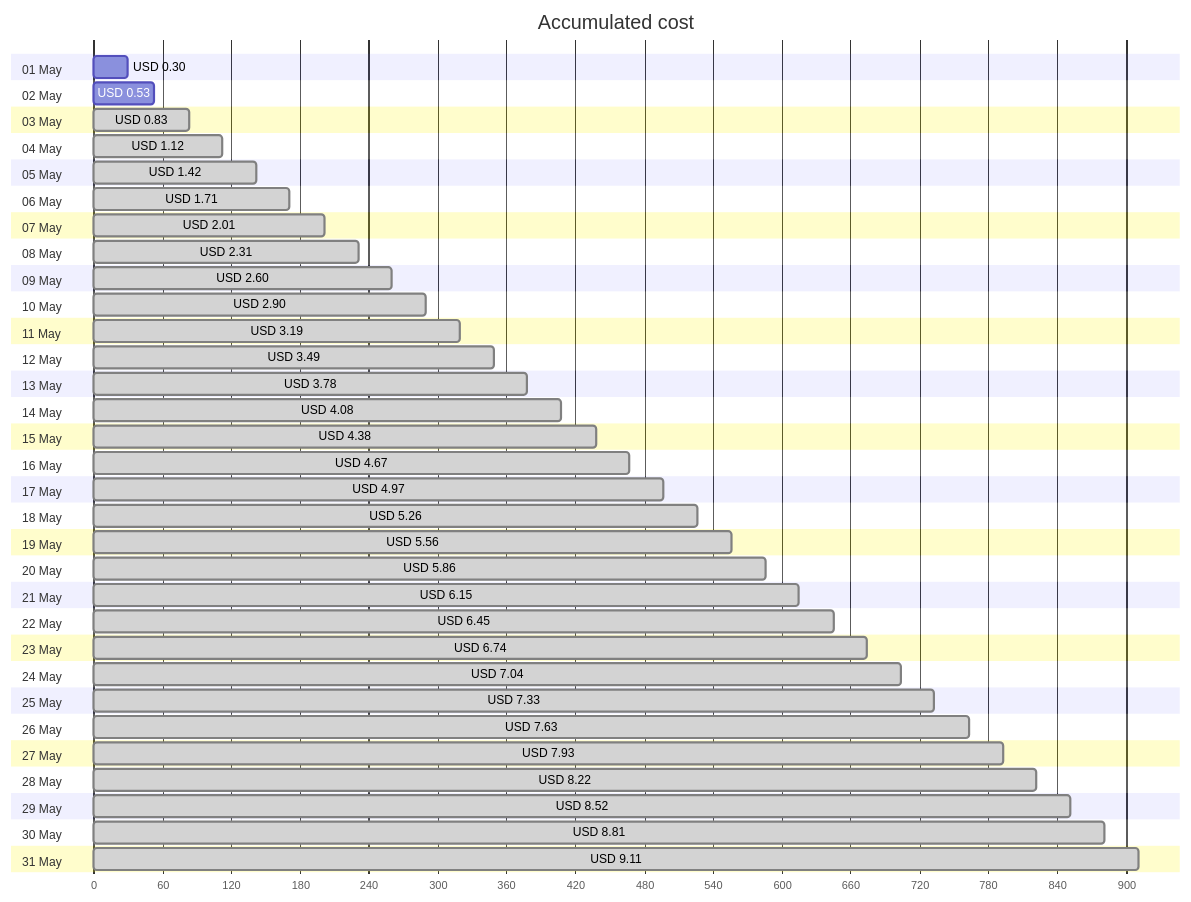
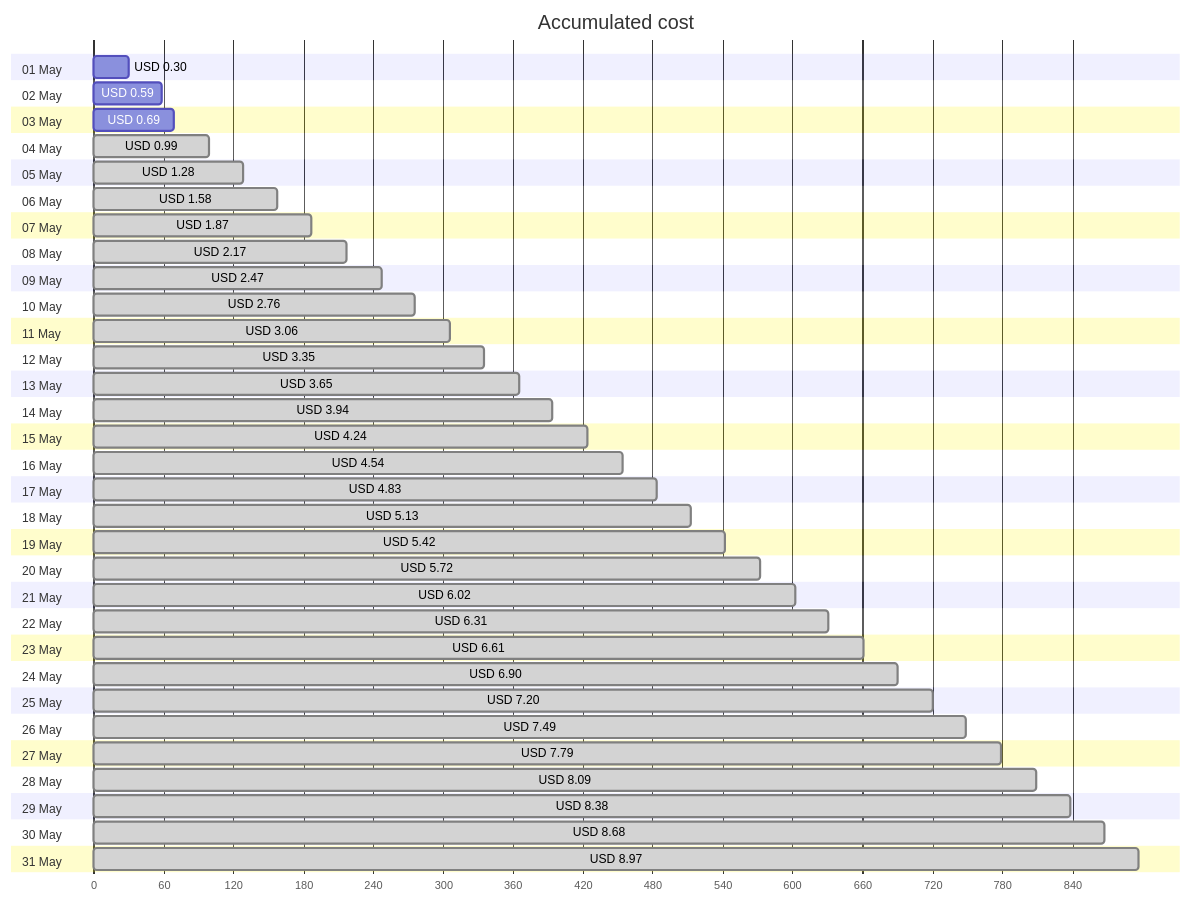
The first of 4 diagrams in cost-reports/personal-site/personal-site-preview.md (jpfulton/azure-personal-reports), drawn with Mermaid before and after one commit. The commit also changed other lines of this file and 6 other files, not shown here.

````diff
--- a/cost-reports/personal-site/personal-site-preview.md
+++ b/cost-reports/personal-site/personal-site-preview.md
@@ -20,68 +20,68 @@
 ```mermaid
 gantt
    title Accumulated cost
    dateFormat  X
    axisFormat %s
    section 01 May
    USD 0.30 :0, 30
    section 02 May
-   USD 0.53 :0, 53
+   USD 0.59 :0, 59
    section 03 May
-   USD 0.83 : done, 0, 83
+   USD 0.69 :0, 69
    section 04 May
-   USD 1.12 : done, 0, 112
+   USD 0.99 : done, 0, 99
    section 05 May
-   USD 1.42 : done, 0, 142
+   USD 1.28 : done, 0, 128
    section 06 May
-   USD 1.71 : done, 0, 171
+   USD 1.58 : done, 0, 158
    section 07 May
-   USD 2.01 : done, 0, 201
+   USD 1.87 : done, 0, 187
    section 08 May
-   USD 2.31 : done, 0, 231
+   USD 2.17 : done, 0, 217
    section 09 May
-   USD 2.60 : done, 0, 260
+   USD 2.47 : done, 0, 247
    section 10 May
-   USD 2.90 : done, 0, 290
+   USD 2.76 : done, 0, 276
    section 11 May
-   USD 3.19 : done, 0, 319
+   USD 3.06 : done, 0, 306
    section 12 May
-   USD 3.49 : done, 0, 349
+   USD 3.35 : done, 0, 335
    section 13 May
-   USD 3.78 : done, 0, 378
+   USD 3.65 : done, 0, 365
    section 14 May
-   USD 4.08 : done, 0, 408
+   USD 3.94 : done, 0, 394
    section 15 May
-   USD 4.38 : done, 0, 438
+   USD 4.24 : done, 0, 424
    section 16 May
-   USD 4.67 : done, 0, 467
+   USD 4.54 : done, 0, 454
    section 17 May
-   USD 4.97 : done, 0, 497
+   USD 4.83 : done, 0, 483
    section 18 May
-   USD 5.26 : done, 0, 526
+   USD 5.13 : done, 0, 513
    section 19 May
-   USD 5.56 : done, 0, 556
+   USD 5.42 : done, 0, 542
    section 20 May
-   USD 5.86 : done, 0, 586
+   USD 5.72 : done, 0, 572
    section 21 May
-   USD 6.15 : done, 0, 615
+   USD 6.02 : done, 0, 602
    section 22 May
-   USD 6.45 : done, 0, 645
+   USD 6.31 : done, 0, 631
    section 23 May
-   USD 6.74 : done, 0, 674
+   USD 6.61 : done, 0, 661
    section 24 May
-   USD 7.04 : done, 0, 704
+   USD 6.90 : done, 0, 690
    section 25 May
-   USD 7.33 : done, 0, 733
+   USD 7.20 : done, 0, 720
    section 26 May
-   USD 7.63 : done, 0, 763
+   USD 7.49 : done, 0, 749
    section 27 May
-   USD 7.93 : done, 0, 793
+   USD 7.79 : done, 0, 779
    section 28 May
-   USD 8.22 : done, 0, 822
+   USD 8.09 : done, 0, 809
    section 29 May
-   USD 8.52 : done, 0, 852
+   USD 8.38 : done, 0, 838
    section 30 May
-   USD 8.81 : done, 0, 881
+   USD 8.68 : done, 0, 868
    section 31 May
-   USD 9.11 : done, 0, 911
+   USD 8.97 : done, 0, 897
 ```
````
